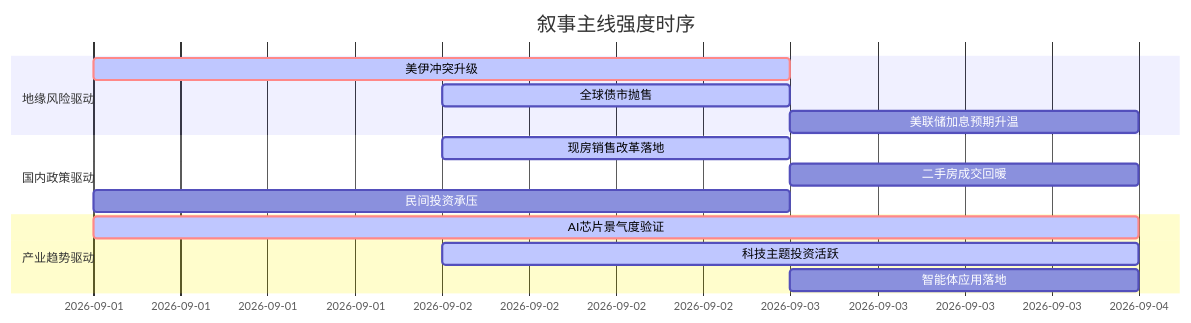
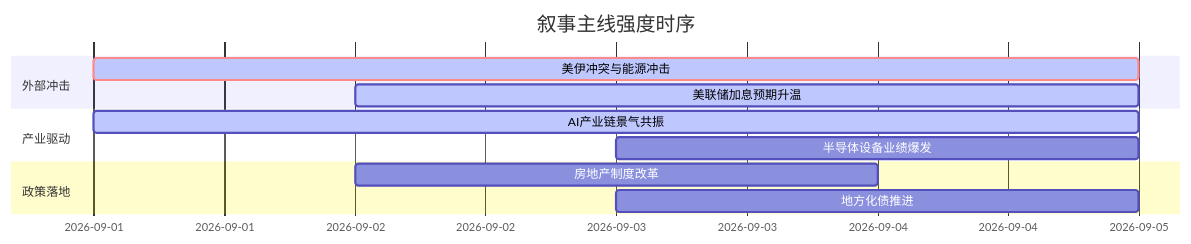
Before and after one commit to uu5zn/uu5zn.github.io: the diagram in 5day_report.md, drawn with Mermaid. The commit also changed other lines of this file and 24 other files, not shown here.

````diff
--- a/5day_report.md
+++ b/5day_report.md
@@ -58,19 +56,16 @@
 ```mermaid
 gantt
     title 叙事主线强度时序
     dateFormat YYYY-MM-DD
-    section 地缘风险驱动
-    美伊冲突升级       :crit, active, 2026-09-01, 2d
-    全球债市抛售       :active, 2026-09-02, 1d
-    美联储加息预期升温 :2026-09-03, 1d
+    section 外部冲击
+    美伊冲突与能源冲击   :crit, active, 2026-09-01, 4d
+    美联储加息预期升温   :active, 2026-09-02, 3d
     
-    section 国内政策驱动
-    现房销售改革落地   :active, 2026-09-02, 1d
-    二手房成交回暖     :2026-09-03, 1d
-    民间投资承压       :2026-09-01, 2d
+    section 产业驱动
+    AI产业链景气共振     :active, 2026-09-01, 4d
+    半导体设备业绩爆发   :2026-09-03, 2d
     
-    section 产业趋势驱动
-    AI芯片景气度验证   :crit, active, 2026-09-01, 3d
-    科技主题投资活跃   :active, 2026-09-02, 2d
-    智能体应用落地     :2026-09-03, 1d
+    section 政策落地
+    房地产制度改革       :2026-09-02, 2d
+    地方化债推进         :2026-09-03, 2d
 ```
````
